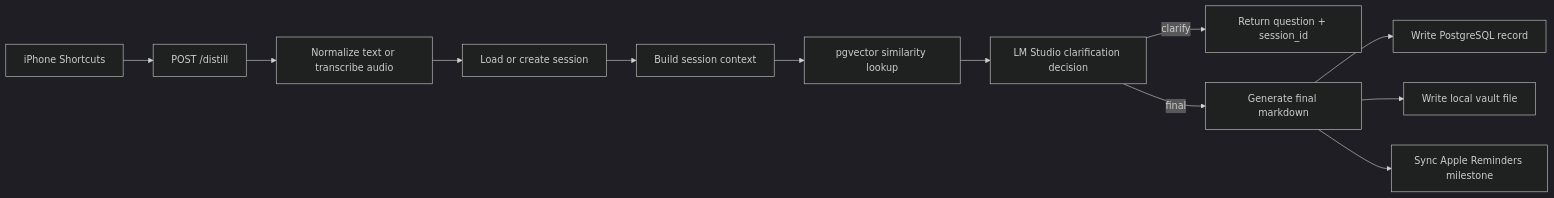
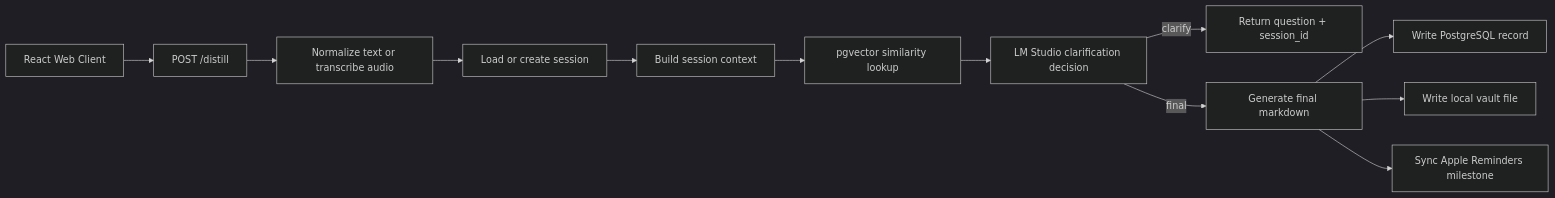
The diagram in README.md (sadofriod/adhd-healing), drawn with Mermaid (dark theme) before and after one commit. The commit also changed other lines of this file and 50 other files, not shown here.

````diff
--- a/README.md
+++ b/README.md
@@ -29,14 +31,14 @@
 ```mermaid
 flowchart LR
-    A[iPhone Shortcuts] --> B[POST /distill]
+  A[React Web Client] --> B[POST /distill]
     B --> C[Normalize text or transcribe audio]
     C --> D[Load or create session]
     D --> E[Build session context]
     E --> F[pgvector similarity lookup]
     F --> G[LM Studio clarification decision]
     G -->|clarify| H[Return question + session_id]
     G -->|final| I[Generate final markdown]
     I --> J[Write PostgreSQL record]
     I --> K[Write local vault file]
     I --> L[Sync Apple Reminders milestone]
 ```
````
